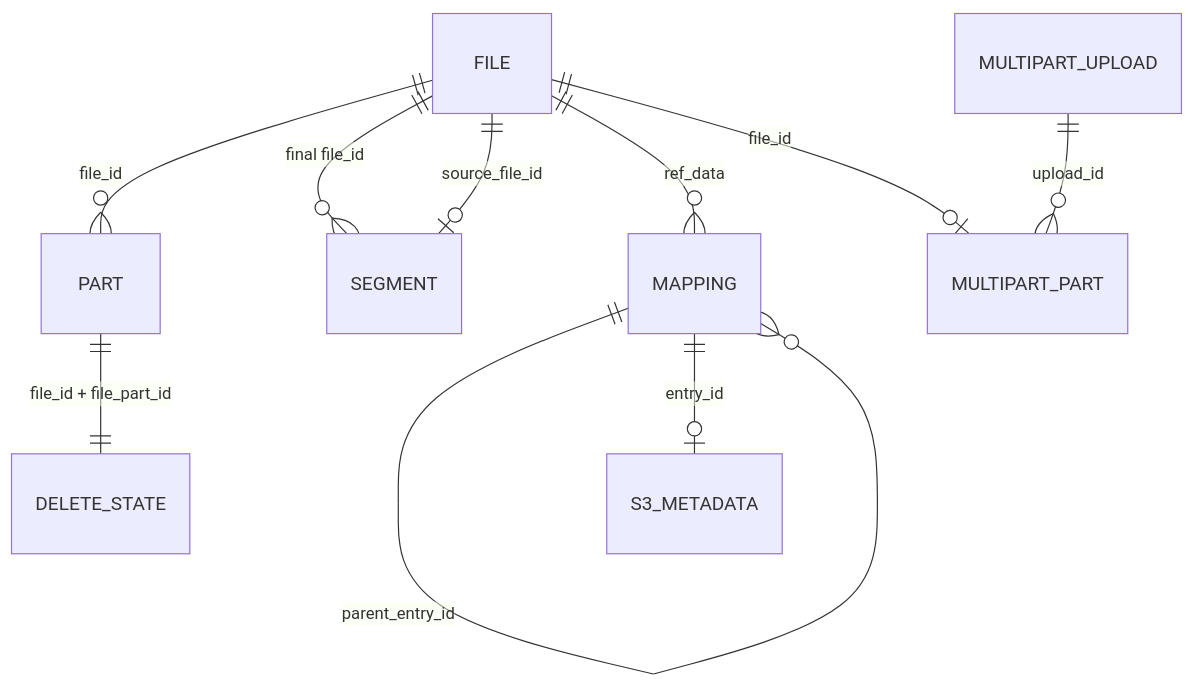
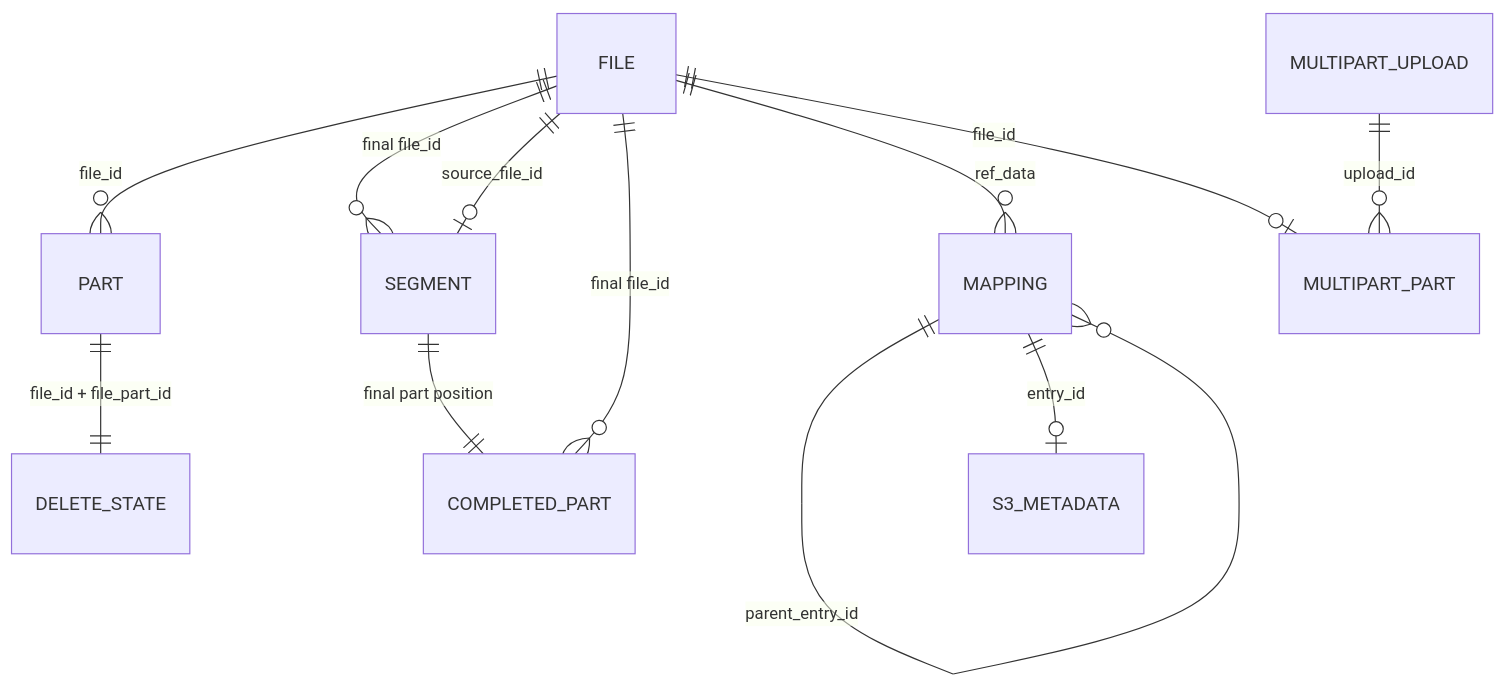
Before and after one commit to xxxsen/tgfile: the first of 2 diagrams in docs/02-data-and-storage-model.md, drawn with Mermaid. The commit also changed other lines of this file and 23 other files, not shown here.

````diff
--- a/docs/02-data-and-storage-model.md
+++ b/docs/02-data-and-storage-model.md
@@ -9,12 +9,14 @@
 ```mermaid
 erDiagram
     FILE ||--o{ PART : "file_id"
     FILE ||--o{ SEGMENT : "final file_id"
     FILE ||--o| SEGMENT : "source_file_id"
+    FILE ||--o{ COMPLETED_PART : "final file_id"
+    SEGMENT ||--|| COMPLETED_PART : "final part position"
     FILE ||--o{ MAPPING : "ref_data"
     MAPPING ||--o{ MAPPING : "parent_entry_id"
     MAPPING ||--o| S3_METADATA : "entry_id"
     PART ||--|| DELETE_STATE : "file_id + file_part_id"
     MULTIPART_UPLOAD ||--o{ MULTIPART_PART : "upload_id"
     FILE ||--o| MULTIPART_PART : "file_id"
 ```
````
